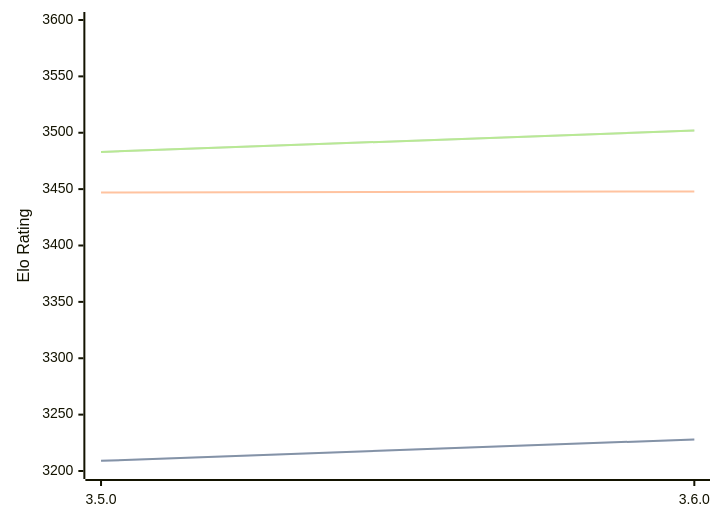
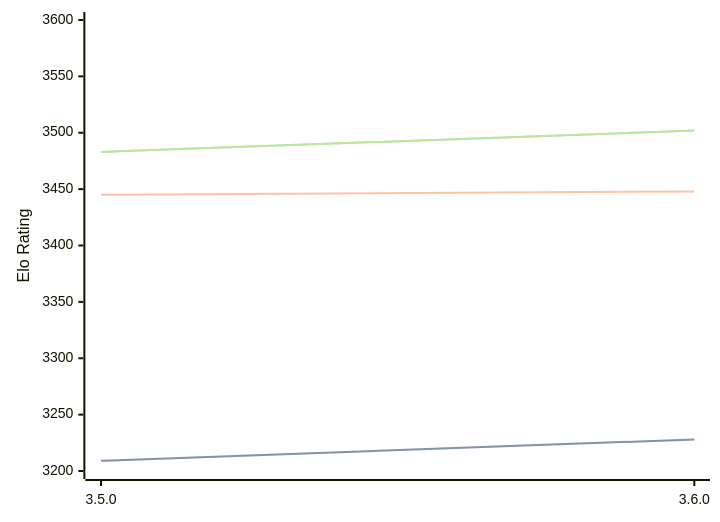
The diagram in engines/Igel.md (computer-chess-index/cci), drawn with Mermaid before and after one commit. The commit also changed other lines of this file, not shown here.

````diff
--- a/engines/Igel.md
+++ b/engines/Igel.md
@@ -66,11 +66,11 @@
 ```mermaid
 %%{init: {"theme":"base","themeVariables":{"seriesColors:['#a3a3a3','#222221','#faa371']}}}%%
 xychart-beta
   x-axis ["3.5.0", "3.6.0"]
   y-axis "Elo Rating" 3200 --> 3600
   line "STC (8.0+0.08s)" [3209, 3228]
   line "STC (8.0+0.08s)" [3209, 3228]
-  line "LTC (60.0+0.60s)" [3447, 3448]
+  line "LTC (60.0+0.60s)" [3445, 3448]
   line "VLTC (2m24s+1.12s)" [3483, 3502]
   line "VLTC (2m24s+1.12s)" [3483, 3502]
 ```
````
